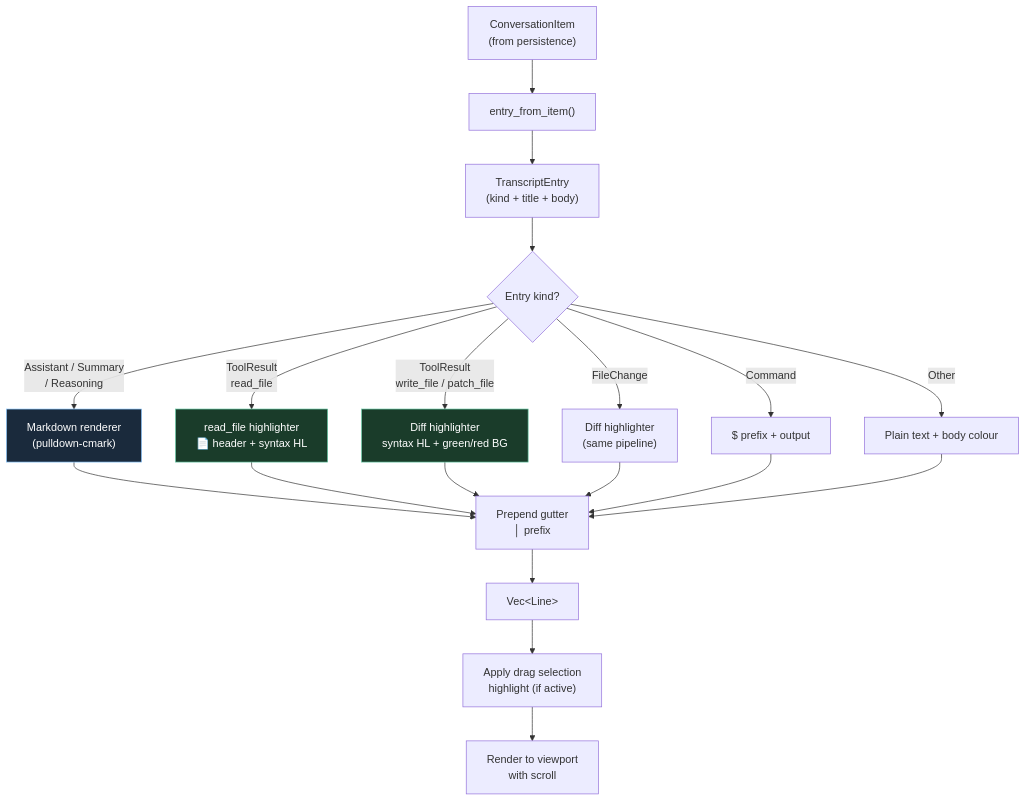
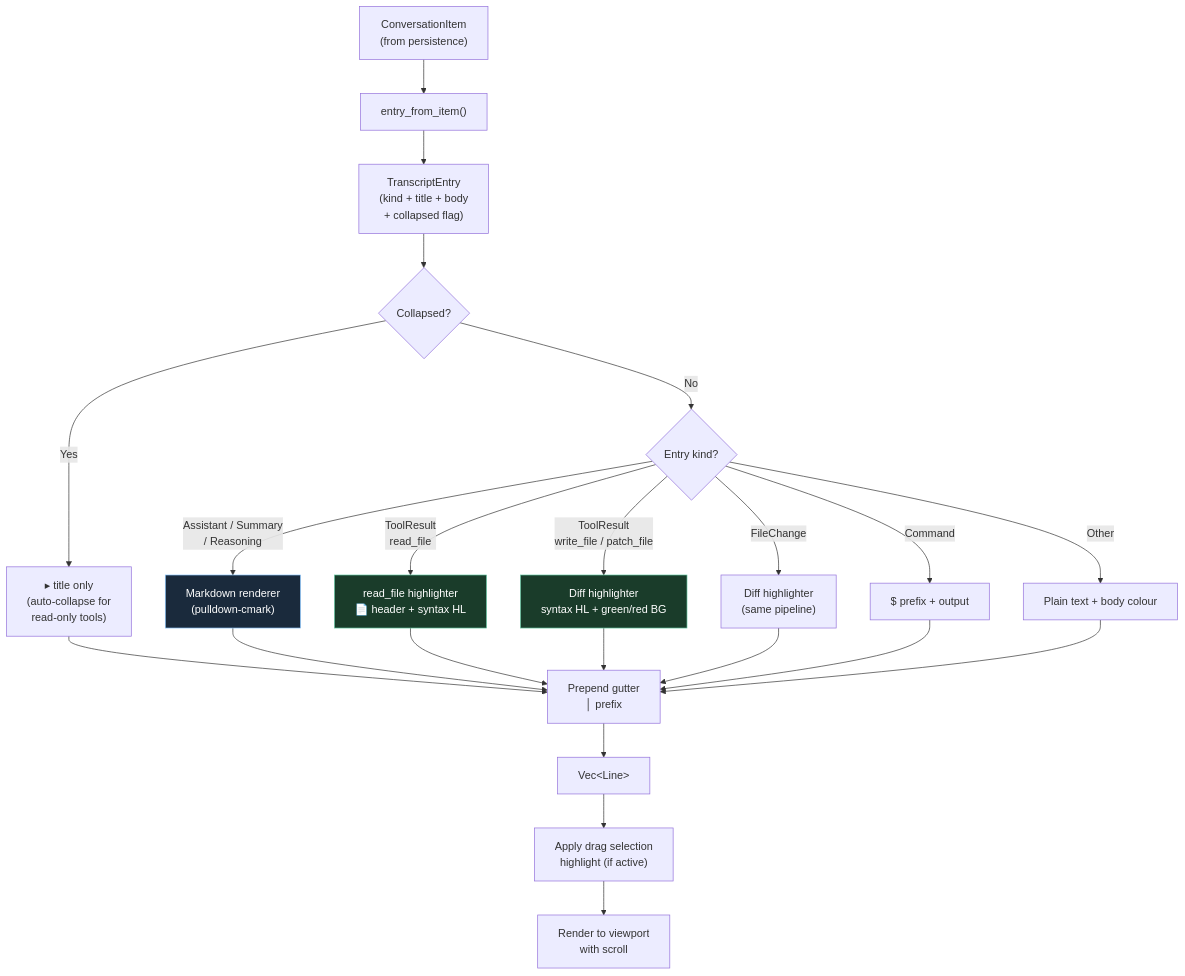
The sixth of 12 diagrams in docs/ARCHITECTURE.md (basadi-dev/codezilla), drawn with Mermaid before and after one commit. The commit also changed other lines of this file, not shown here.

Commit message:
docs: update architecture documentation with agentic loop enhancements, sub-agent supervision, parallel tool batching, and surface-layer interfaces.

````diff
--- a/docs/ARCHITECTURE.md
+++ b/docs/ARCHITECTURE.md
@@ -152,29 +288,32 @@
 ```mermaid
 flowchart TD
     Items["ConversationItem<br/>(from persistence)"] --> EntryFrom["entry_from_item()"]
-    EntryFrom --> Entry["TranscriptEntry<br/>(kind + title + body)"]
+    EntryFrom --> Entry["TranscriptEntry<br/>(kind + title + body<br/>+ collapsed flag)"]
 
-    Entry --> KindCheck{Entry kind?}
+    Entry --> Collapsed{Collapsed?}
+    Collapsed -->|Yes| ChevronOnly["▸ title only<br/>(auto-collapse for<br/>read-only tools)"]
+    Collapsed -->|No| KindCheck{Entry kind?}
 
     KindCheck -->|Assistant / Summary<br/>/ Reasoning| Markdown["Markdown renderer<br/>(pulldown-cmark)"]
     KindCheck -->|ToolResult<br/>read_file| ReadFileHL["read_file highlighter<br/>📄 header + syntax HL"]
     KindCheck -->|ToolResult<br/>write_file / patch_file| DiffHL["Diff highlighter<br/>syntax HL + green/red BG"]
     KindCheck -->|FileChange| DiffHL2["Diff highlighter<br/>(same pipeline)"]
     KindCheck -->|Command| CmdRender["$ prefix + output"]
     KindCheck -->|Other| PlainRender["Plain text + body colour"]
 
+    ChevronOnly --> Gutter
     Markdown --> Gutter["Prepend gutter<br/>│ prefix"]
     ReadFileHL --> Gutter
     DiffHL --> Gutter
     DiffHL2 --> Gutter
     CmdRender --> Gutter
     PlainRender --> Gutter
 
     Gutter --> Lines["Vec&lt;Line&gt;"]
     Lines --> Selection["Apply drag selection<br/>highlight (if active)"]
     Selection --> Viewport["Render to viewport<br/>with scroll"]
 
     style Markdown fill:#1a2a3c,stroke:#8cc8ff,color:#fff
     style ReadFileHL fill:#1a3c2a,stroke:#64c8a3,color:#fff
     style DiffHL fill:#1a3c2a,stroke:#64c8a3,color:#fff
 ```
````
